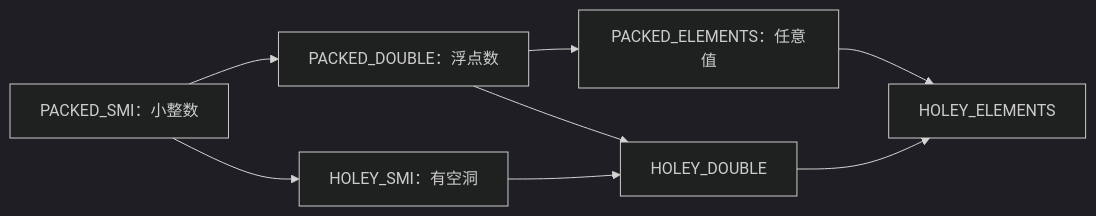
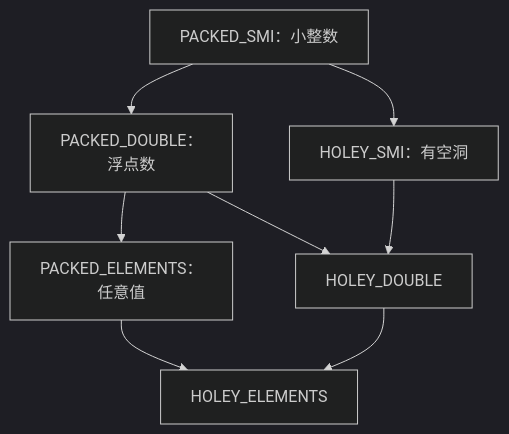
Before and after one commit to jarvis-pro/hatch-shelf: the third of 3 diagrams in books/ts-node-advanced/05-v8-pipeline-hidden-classes.md, drawn with Mermaid (dark theme). The commit also changed other lines of this file and 432 other files, not shown here.

````diff
--- a/books/ts-node-advanced/05-v8-pipeline-hidden-classes.md
+++ b/books/ts-node-advanced/05-v8-pipeline-hidden-classes.md
@@ -170,9 +170,9 @@
 ```mermaid
-flowchart LR
-  A["PACKED_SMI：小整数"] --> B["PACKED_DOUBLE：浮点数"]
-  B --> C["PACKED_ELEMENTS：任意值"]
+flowchart TD
+  A["PACKED_SMI：小整数"] --> B["PACKED_DOUBLE：<br/>浮点数"]
+  B --> C["PACKED_ELEMENTS：<br/>任意值"]
   A --> D["HOLEY_SMI：有空洞"]
   B --> E["HOLEY_DOUBLE"]
   C --> F["HOLEY_ELEMENTS"]
   D --> E --> F
 ```
````
